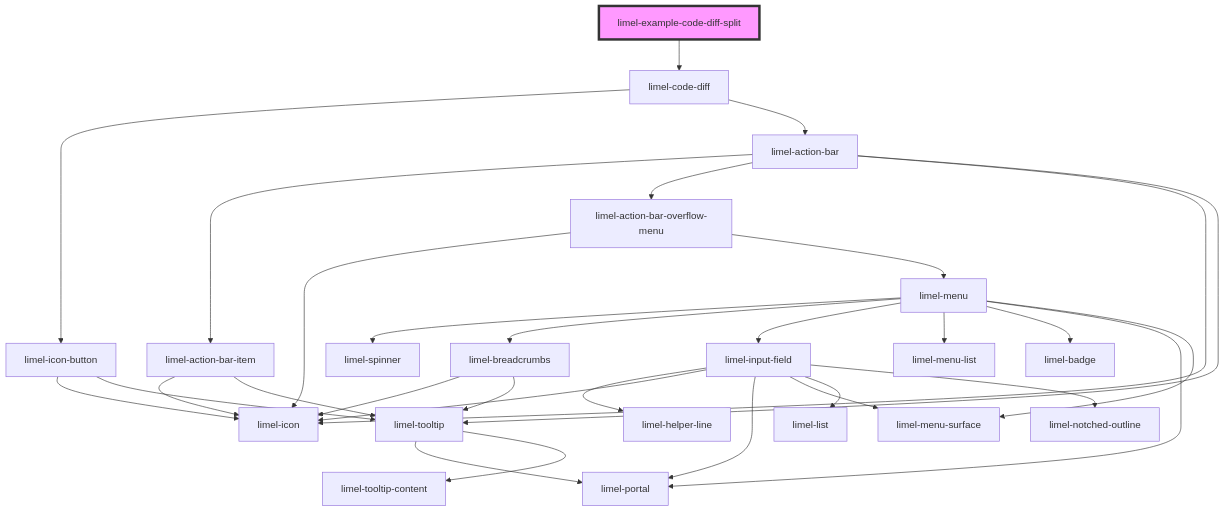
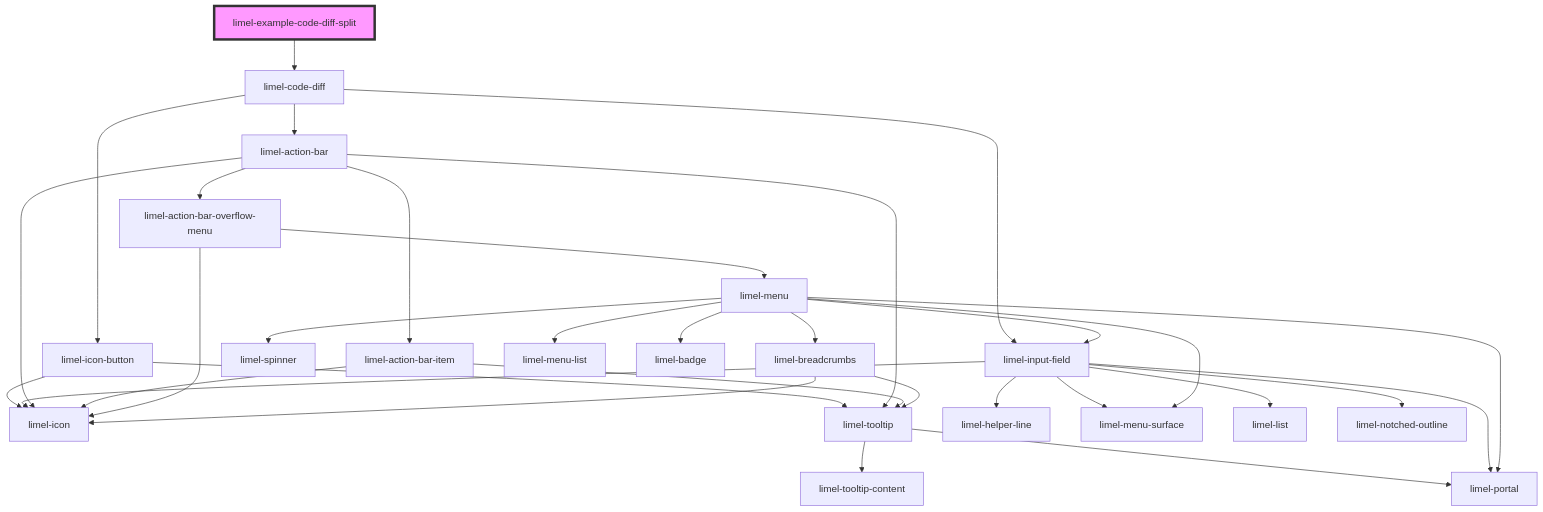
One commit to Lundalogik/lime-elements changed the diagram in versions/PR-3949/markdown-docs/components/code-diff/examples/readme.md. Above: the diagram before and after it, drawn with Mermaid. The commit also changed 5 other files, not shown here.

````diff
--- a/versions/PR-3949/markdown-docs/components/code-diff/examples/readme.md
+++ b/versions/PR-3949/markdown-docs/components/code-diff/examples/readme.md
@@ -21,34 +21,35 @@
 ```mermaid
 graph TD;
   limel-example-code-diff-split --> limel-code-diff
   limel-code-diff --> limel-icon-button
+  limel-code-diff --> limel-input-field
   limel-code-diff --> limel-action-bar
   limel-icon-button --> limel-icon
   limel-icon-button --> limel-tooltip
   limel-tooltip --> limel-portal
   limel-tooltip --> limel-tooltip-content
+  limel-input-field --> limel-helper-line
+  limel-input-field --> limel-icon
+  limel-input-field --> limel-portal
+  limel-input-field --> limel-menu-surface
+  limel-input-field --> limel-list
+  limel-input-field --> limel-notched-outline
   limel-action-bar --> limel-action-bar-item
   limel-action-bar --> limel-action-bar-overflow-menu
   limel-action-bar --> limel-icon
   limel-action-bar --> limel-tooltip
   limel-action-bar-item --> limel-icon
   limel-action-bar-item --> limel-tooltip
   limel-action-bar-overflow-menu --> limel-icon
   limel-action-bar-overflow-menu --> limel-menu
   limel-menu --> limel-spinner
   limel-menu --> limel-breadcrumbs
   limel-menu --> limel-input-field
   limel-menu --> limel-menu-list
   limel-menu --> limel-badge
   limel-menu --> limel-portal
   limel-menu --> limel-menu-surface
   limel-breadcrumbs --> limel-icon
   limel-breadcrumbs --> limel-tooltip
-  limel-input-field --> limel-helper-line
-  limel-input-field --> limel-icon
-  limel-input-field --> limel-portal
-  limel-input-field --> limel-menu-surface
-  limel-input-field --> limel-list
-  limel-input-field --> limel-notched-outline
   style limel-example-code-diff-split fill:#f9f,stroke:#333,stroke-width:4px
 ```
````
